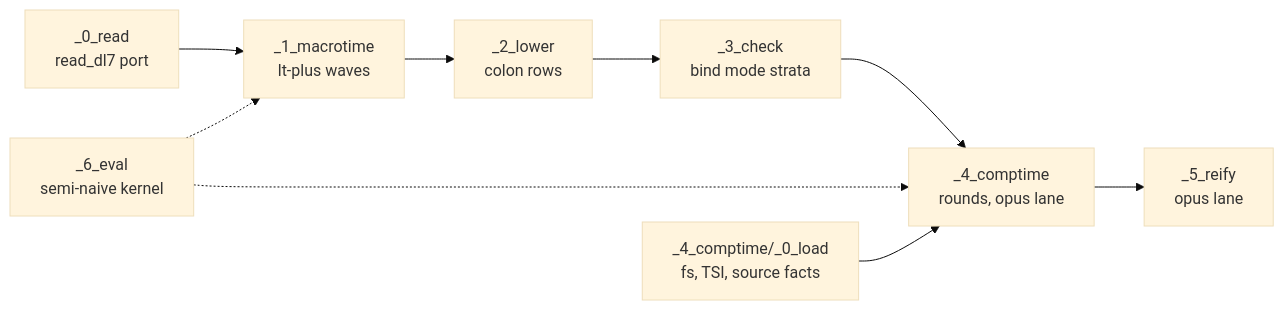
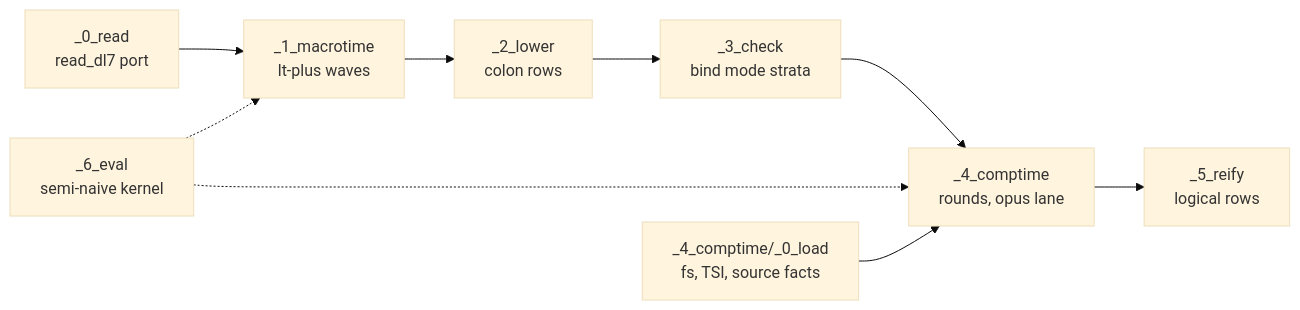
The first of 2 diagrams in plans/v8/2026-09-13-v8-tour.md (hafley66/sprefa), drawn with Mermaid (base theme) before and after one commit. The commit also changed other lines of this file and 2 other files, not shown here.

Commit message:
docs(v8): reify landed on board, history and tour; v7 red on 5_curry recorded

````diff
--- a/plans/v8/2026-09-13-v8-tour.md
+++ b/plans/v8/2026-09-13-v8-tour.md
@@ -27,11 +27,11 @@
 ```mermaid
 flowchart LR
   R[_0_read<br/>read_dl7 port] --> M[_1_macrotime<br/>lt-plus waves]
   M --> L[_2_lower<br/>colon rows]
   L --> C[_3_check<br/>bind mode strata]
   C --> K[_4_comptime<br/>rounds, opus lane]
-  K --> Y[_5_reify<br/>opus lane]
+  K --> Y[_5_reify<br/>logical rows]
   E[_6_eval<br/>semi-naive kernel] -.-> M
   E -.-> K
   D[_4_comptime/_0_load<br/>fs, TSI, source facts] --> K
 ```
````
